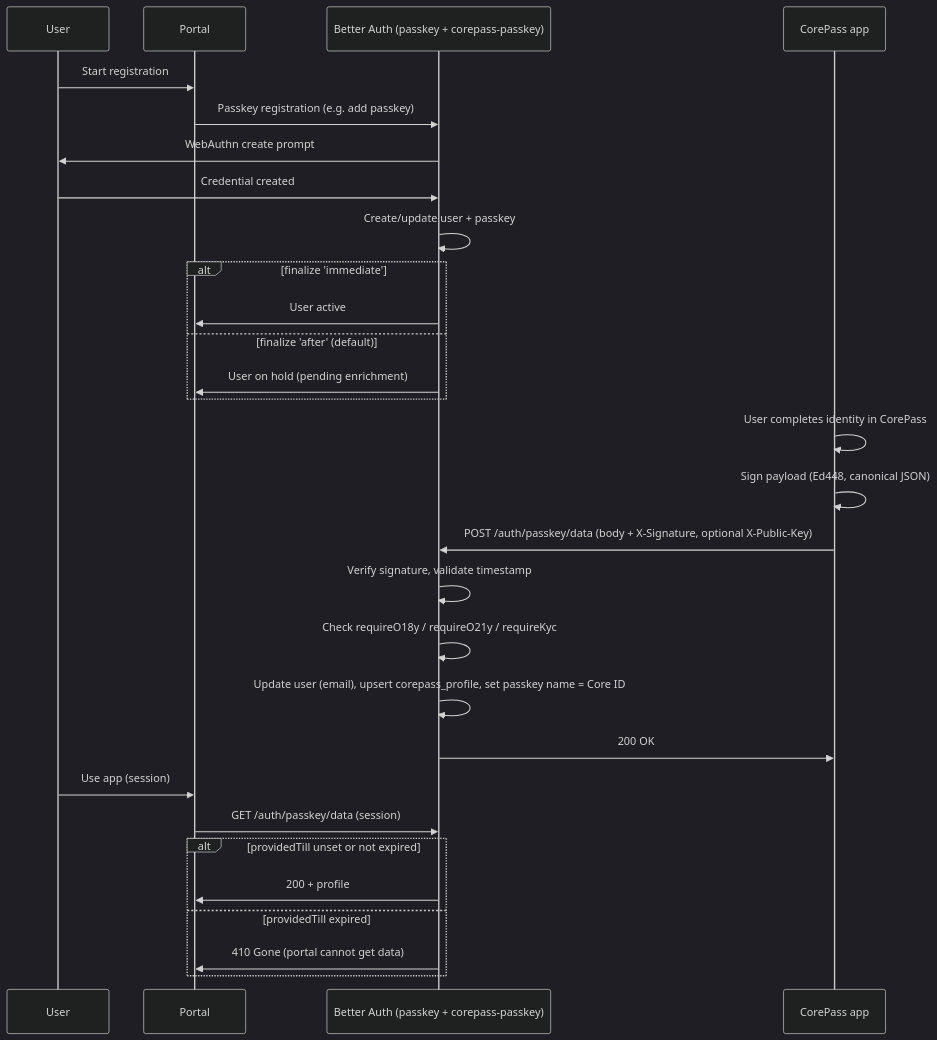
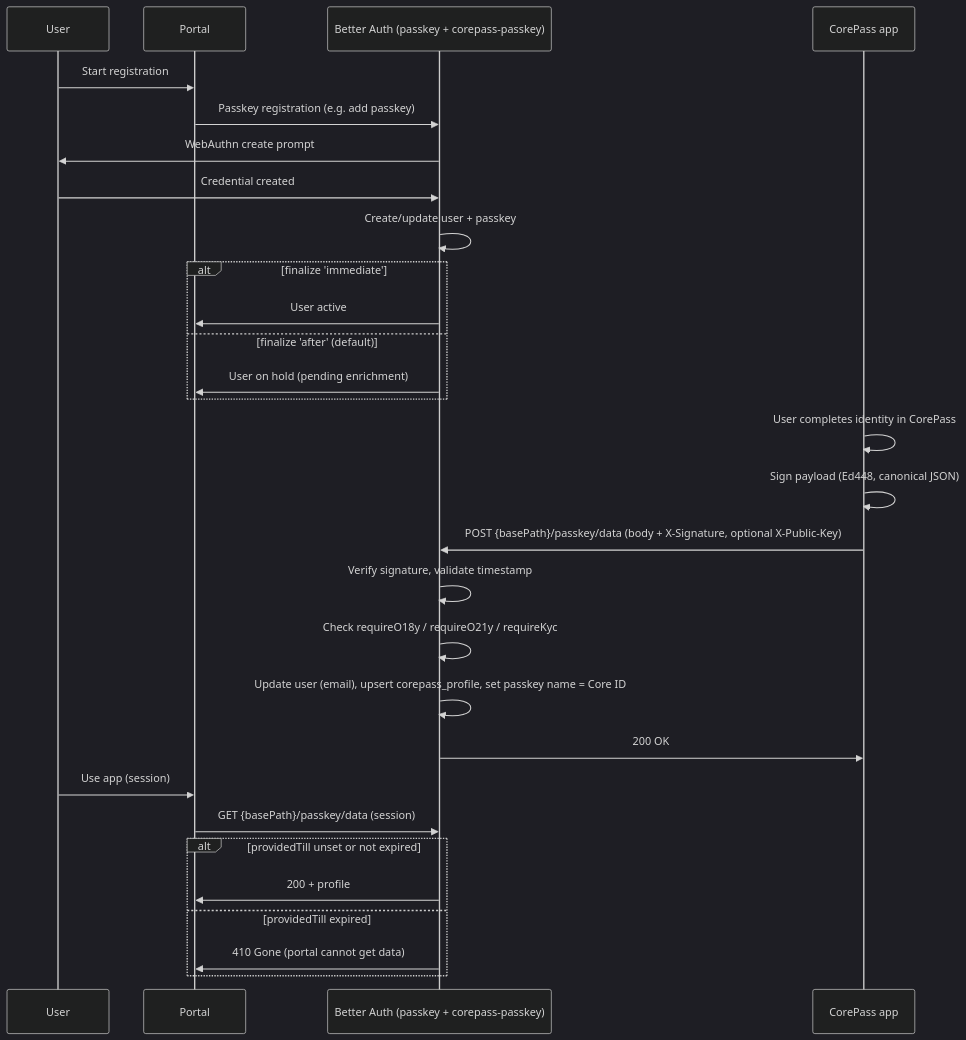
The diagram in README.md (CorePass/better-auth-corepass-passkey), drawn with Mermaid (dark theme) before and after one commit. The commit also changed other lines of this file and 3 other files, not shown here.

````diff
--- a/README.md
+++ b/README.md
@@ -37,35 +37,35 @@
 ```mermaid
 sequenceDiagram
     participant User
     participant Portal
     participant BetterAuth as Better Auth (passkey + corepass-passkey)
     participant CorePass as CorePass app
 
     User->>Portal: Start registration
     Portal->>BetterAuth: Passkey registration (e.g. add passkey)
     BetterAuth->>User: WebAuthn create prompt
     User->>BetterAuth: Credential created
     BetterAuth->>BetterAuth: Create/update user + passkey
 
     alt finalize 'immediate'
         BetterAuth->>Portal: User active
     else finalize 'after' (default)
         BetterAuth->>Portal: User on hold (pending enrichment)
     end
 
     CorePass->>CorePass: User completes identity in CorePass
     CorePass->>CorePass: Sign payload (Ed448, canonical JSON)
-    CorePass->>BetterAuth: POST /auth/passkey/data (body + X-Signature, optional X-Public-Key)
+    CorePass->>BetterAuth: POST {basePath}/passkey/data (body + X-Signature, optional X-Public-Key)
     BetterAuth->>BetterAuth: Verify signature, validate timestamp
     BetterAuth->>BetterAuth: Check requireO18y / requireO21y / requireKyc
     BetterAuth->>BetterAuth: Update user (email), upsert corepass_profile, set passkey name = Core ID
     BetterAuth->>CorePass: 200 OK
 
     User->>Portal: Use app (session)
-    Portal->>BetterAuth: GET /auth/passkey/data (session)
+    Portal->>BetterAuth: GET {basePath}/passkey/data (session)
     alt providedTill unset or not expired
         BetterAuth->>Portal: 200 + profile
     else providedTill expired
         BetterAuth->>Portal: 410 Gone (portal cannot get data)
     end
 ```
````
